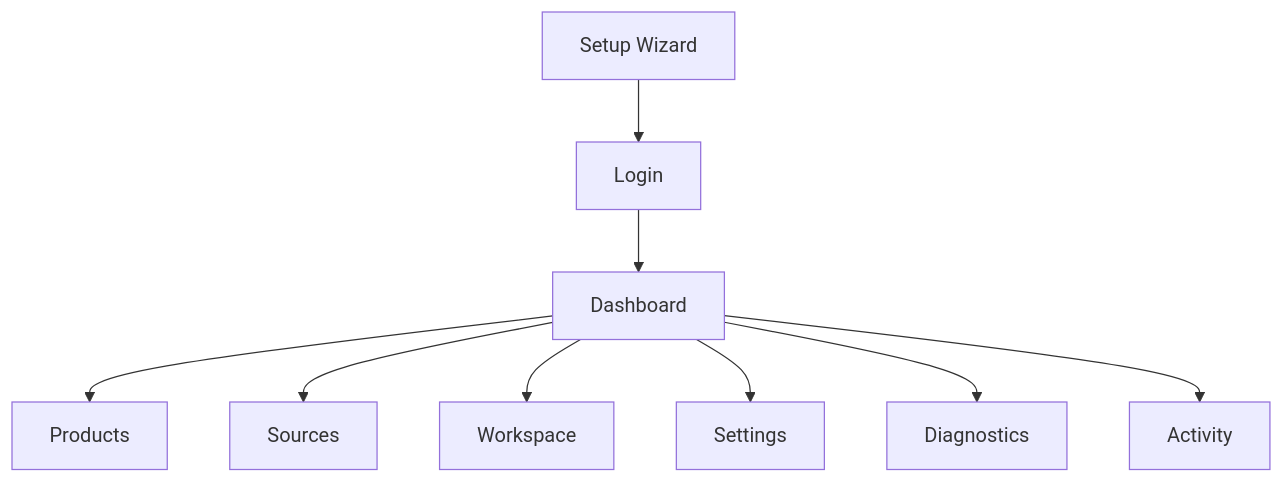
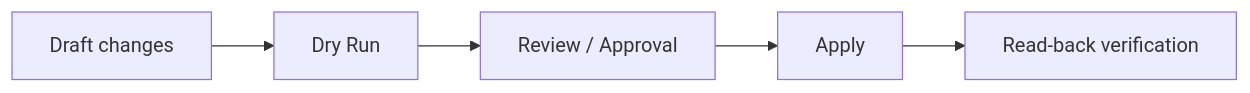
The second of 2 diagrams in README.md (nima-sadria/FlowHub), drawn with Mermaid before and after one commit. The commit also changed other lines of this file, not shown here.

Commit message:
docs: refresh README for current FlowHub release

````diff
--- a/README.md
+++ b/README.md
@@ -38,11 +45,7 @@
 ```mermaid
-flowchart TD
-    Setup[Setup Wizard] --> Login[Login]
-    Login --> Dashboard[Dashboard]
-    Dashboard --> Products[Products]
-    Dashboard --> Sources[Sources]
-    Dashboard --> Workspace[Workspace]
-    Dashboard --> Settings[Settings]
-    Dashboard --> Diagnostics[Diagnostics]
-    Dashboard --> Activity[Activity]
+flowchart LR
+    DRAFT[Draft changes] --> DRY[Dry Run]
+    DRY --> REVIEW[Review / Approval]
+    REVIEW --> APPLY[Apply]
+    APPLY --> VERIFY[Read-back verification]
 ```
````
